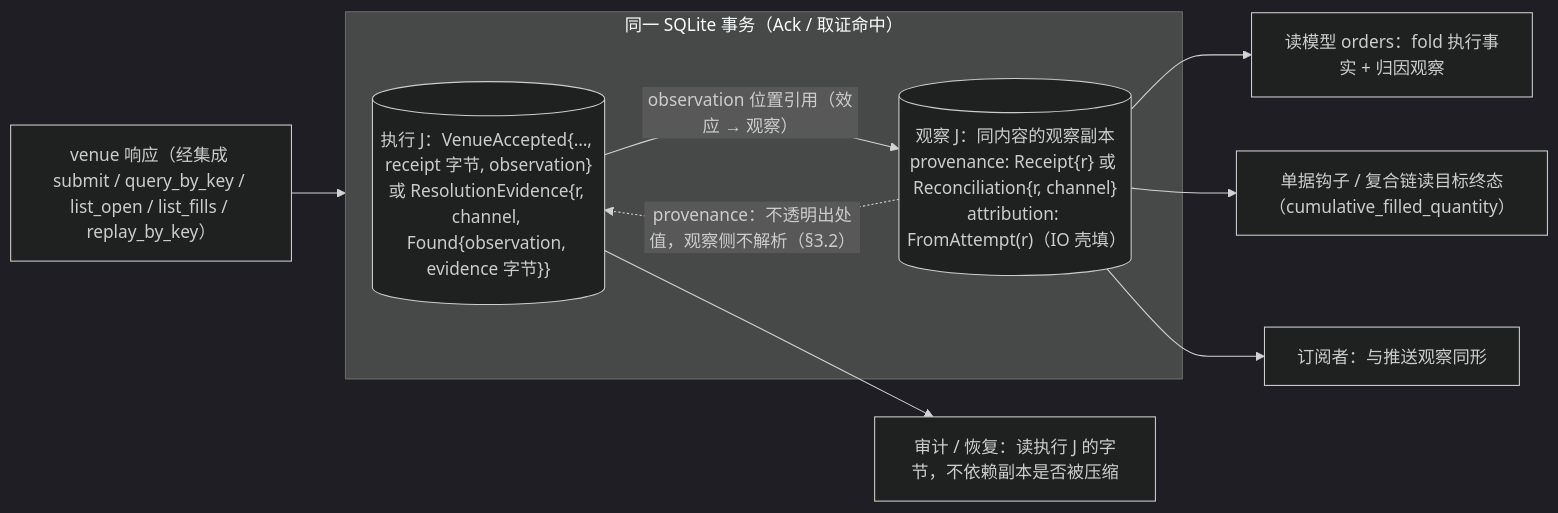
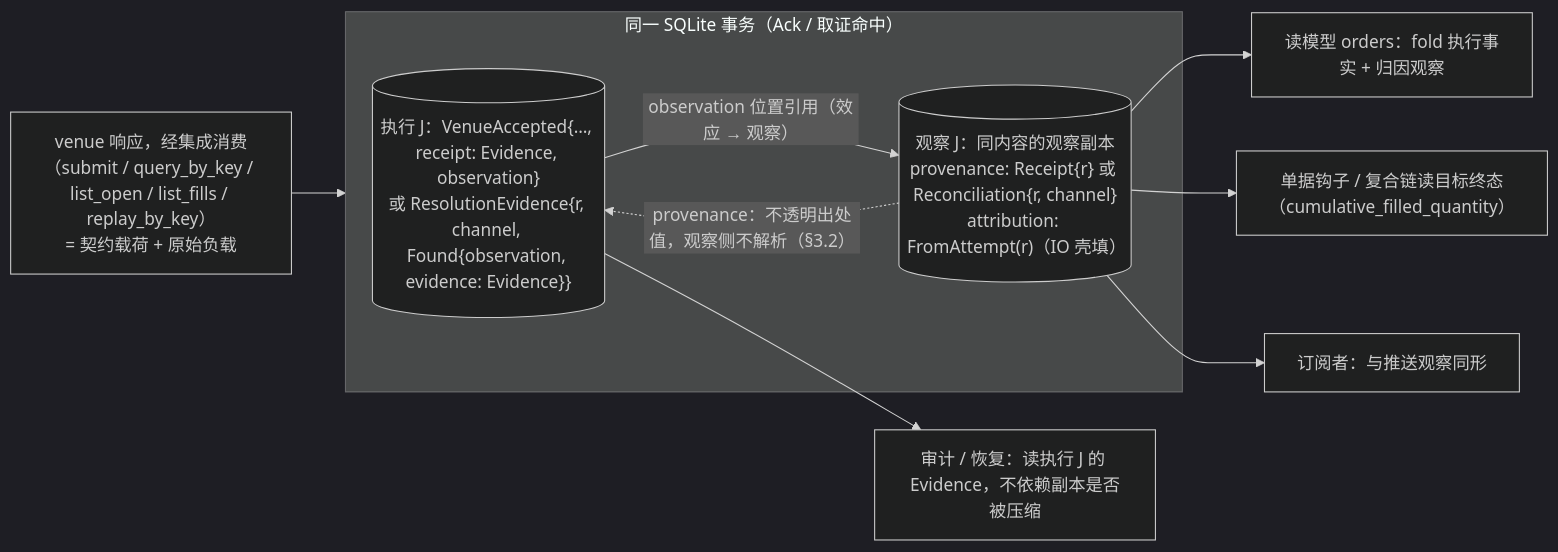
One commit to mouriya-s-lab/uta changed the third of 7 diagrams in design/diagrams/06-io-shell-attempt.md. Above: the diagram before and after it, drawn with Mermaid (dark theme). The commit also changed other lines of this file and 15 other files, not shown here.

````diff
--- a/design/diagrams/06-io-shell-attempt.md
+++ b/design/diagrams/06-io-shell-attempt.md
@@ -101,14 +101,14 @@
 ```mermaid
 flowchart LR
-  V["venue 响应（经集成 submit / query_by_key / list_open / list_fills / replay_by_key）"] --> TX
+  V["venue 响应，经集成消费（submit / query_by_key / list_open / list_fills / replay_by_key）<br/>= 契约载荷 + 原始负载"] --> TX
   subgraph TX["同一 SQLite 事务（Ack / 取证命中）"]
-    E[("执行 J：VenueAccepted{…, receipt 字节, observation}<br/>或 ResolutionEvidence{r, channel, Found{observation, evidence 字节}}")]
+    E[("执行 J：VenueAccepted{…, receipt: Evidence, observation}<br/>或 ResolutionEvidence{r, channel, Found{observation, evidence: Evidence}}")]
     O[("观察 J：同内容的观察副本<br/>provenance: Receipt{r} 或 Reconciliation{r, channel}<br/>attribution: FromAttempt(r)（IO 壳填）")]
     E -->|"observation 位置引用（效应 → 观察）"| O
     O -.->|"provenance：不透明出处值，观察侧不解析（§3.2）"| E
   end
-  E --> AUD["审计 / 恢复：读执行 J 的字节，不依赖副本是否被压缩"]
+  E --> AUD["审计 / 恢复：读执行 J 的 Evidence，不依赖副本是否被压缩"]
   O --> RM["读模型 orders：fold 执行事实 + 归因观察"]
   O --> HOOK["单据钩子 / 复合链读目标终态（cumulative_filled_quantity）"]
   O --> SUBS["订阅者：与推送观察同形"]
 ```
````
